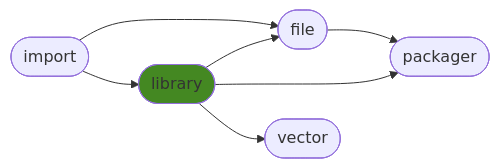
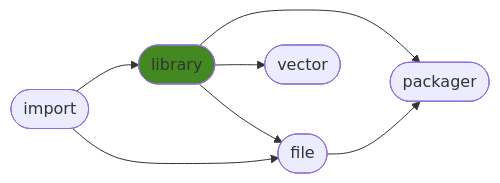
The diagram in README.md (ManderaGeneral/generallibrary), drawn with Mermaid before and after one commit. The commit also changed other lines of this file and 1 other file, not shown here.

````diff
--- a/README.md
+++ b/README.md
@@ -24,15 +24,15 @@
 ```mermaid
 flowchart LR
-0([import]) --> 2([file])
 1([library]) --> 2([file])
+1([library]) --> 3([vector])
 1([library]) --> 4([packager])
 0([import]) --> 1([library])
 2([file]) --> 4([packager])
-1([library]) --> 3([vector])
+0([import]) --> 2([file])
 click 0 "https://github.com/ManderaGeneral/generalimport"
 click 1 "https://github.com/ManderaGeneral/generallibrary"
 click 2 "https://github.com/ManderaGeneral/generalfile"
 click 3 "https://github.com/ManderaGeneral/generalvector"
 click 4 "https://github.com/ManderaGeneral/generalpackager"
 style 1 fill:#482
 ```
````
